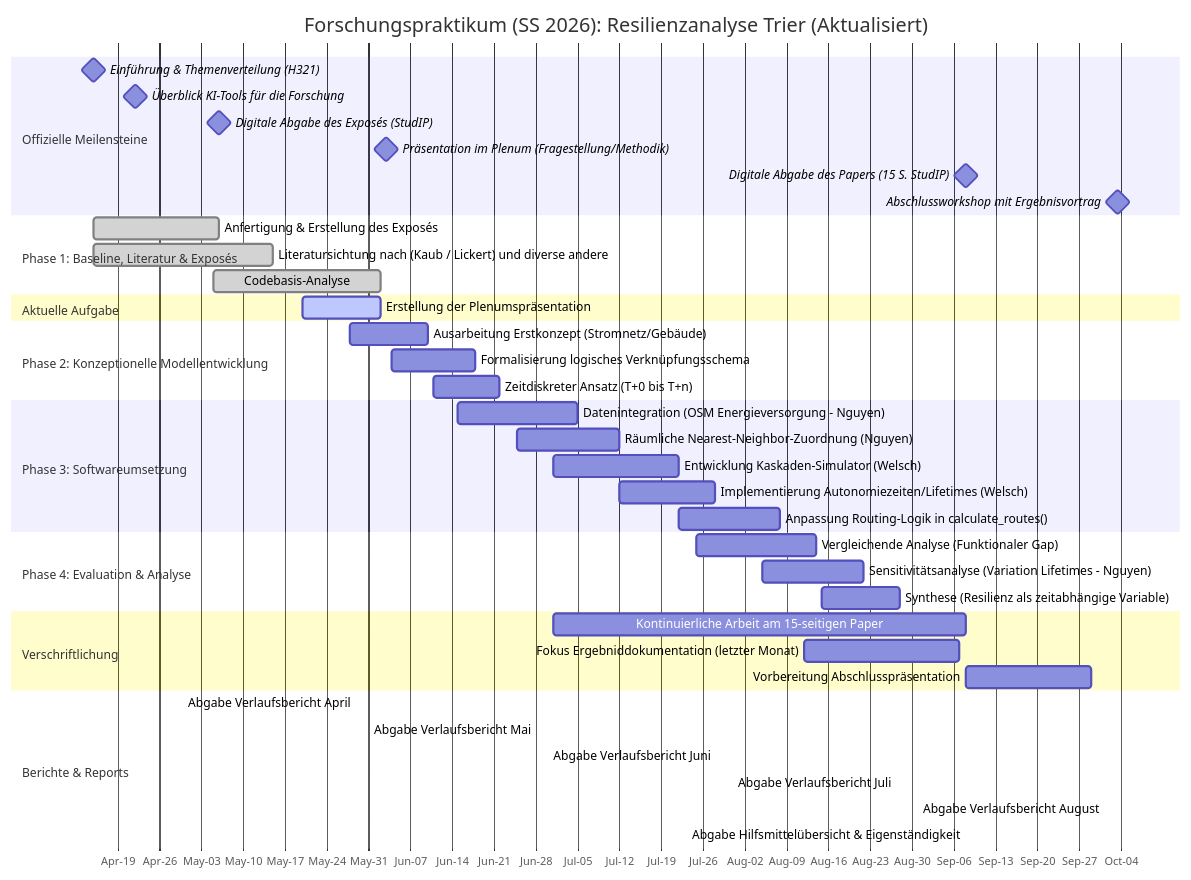
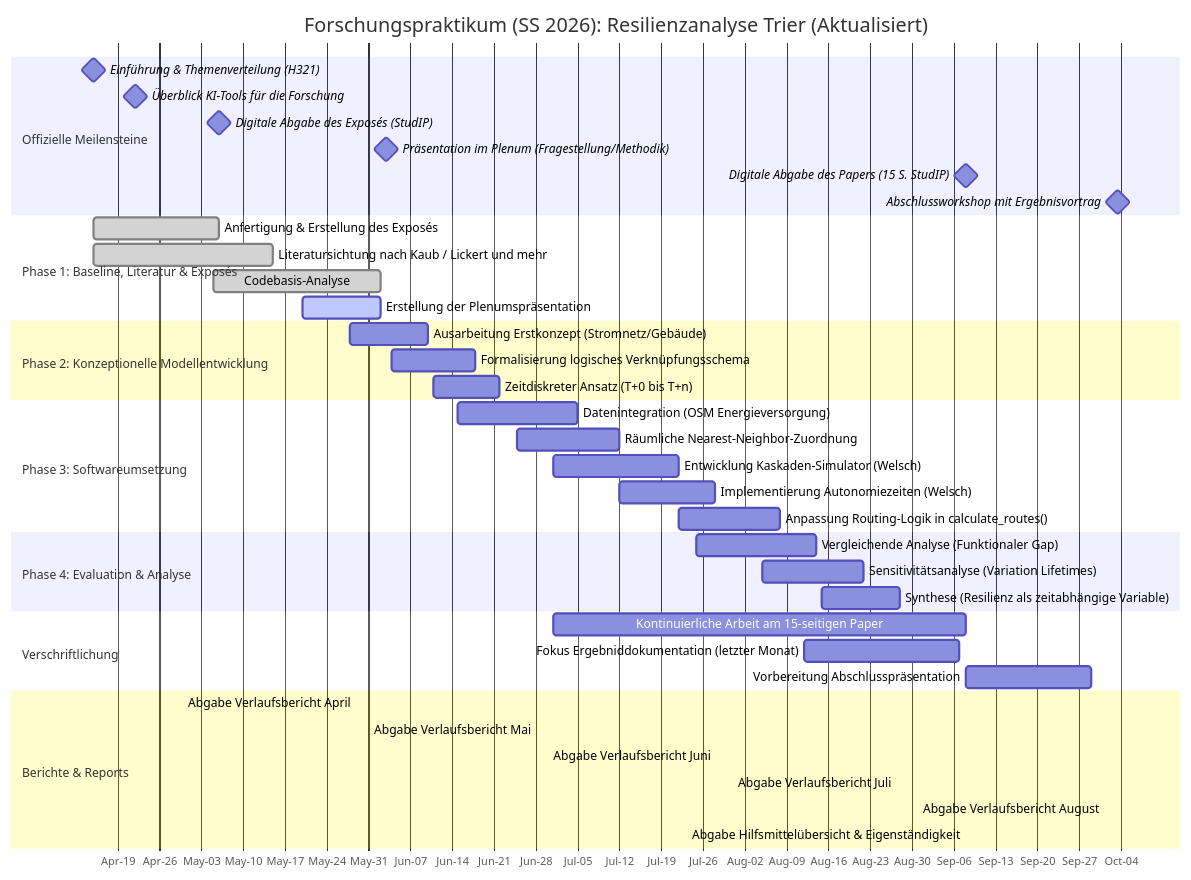
Before and after one commit to Henri-Welsch/forschungspraktikum: the diagram in Gantt-Chart.mmd, drawn with Mermaid.

Commit message:
Standardized indentation and formatting in the Gantt chart for improved readability and consistency.

```diff
--- a/Gantt-Chart.mmd
+++ b/Gantt-Chart.mmd
@@ -1,51 +1,51 @@
 gantt
-title Forschungspraktikum (SS 2026): Resilienzanalyse Trier (Aktualisiert)
-dateFormat  YYYY-MM-DD
-axisFormat  %b-%d
-tickInterval 1week
+    title Forschungspraktikum (SS 2026): Resilienzanalyse Trier (Aktualisiert)
+    dateFormat YYYY-MM-DD
+    axisFormat %b-%d
+    tickInterval 1week
+    todayMarker off
 
     section Offizielle Meilensteine
-    Einführung & Themenverteilung (H321)          :milestone, m1, 2026-04-15, 0d
-    Überblick KI-Tools für die Forschung           :milestone, m2, 2026-04-22, 0d
-    Digitale Abgabe des Exposés (StudIP)           :milestone, m3, 2026-05-06, 0d
-    Präsentation im Plenum (Fragestellung/Methodik):milestone, m4, 2026-06-03, 0d
-    Digitale Abgabe des Papers (15 S. StudIP)      :milestone, m5, 2026-09-08, 0d
-    Abschlussworkshop mit Ergebnisvortrag          :milestone, m6, 2026-09-30, 2026-10-07
+        Einführung & Themenverteilung (H321): milestone, m1, 2026-04-15, 0d
+        Überblick KI-Tools für die Forschung: milestone, m2, 2026-04-22, 0d
+        Digitale Abgabe des Exposés (StudIP): milestone, m3, 2026-05-06, 0d
+        Präsentation im Plenum (Fragestellung/Methodik): milestone, m4, 2026-06-03, 0d
+        Digitale Abgabe des Papers (15 S. StudIP): milestone, m5, 2026-09-08, 0d
+        Abschlussworkshop mit Ergebnisvortrag: milestone, m6, 2026-09-30, 2026-10-07
 
     section Phase 1: Baseline, Literatur & Exposés
-    Anfertigung & Erstellung des Exposés           :done, p1_ex, 2026-04-15, 2026-05-06
-    Literatursichtung nach (Kaub / Lickert) und diverse andere             :done, p1_1, 2026-04-15, 2026-05-15
-    Codebasis-Analyse                              :done, p1_2, 2026-05-05, 2026-06-02
+Anfertigung & Erstellung des Exposés           : done, p1_ex, 2026-04-15, 2026-05-06
+Literatursichtung nach Kaub / Lickert und mehr: done, p1_1, 2026-04-15, 2026-05-15
+Codebasis-Analyse: done, p1_2, 2026-05-05, 2026-06-02
 
-    section Aktuelle Aufgabe
-    Erstellung der Plenumspräsentation             :active, p2_4, 2026-05-20, 2026-06-02
+Erstellung der Plenumspräsentation:active, p2_4, 2026-05-20, 2026-06-02
 
-    section Phase 2: Konzeptionelle Modellentwicklung
-    Ausarbeitung Erstkonzept (Stromnetz/Gebäude)    :p2_1, 2026-05-28, 2026-06-10
-    Formalisierung logisches Verknüpfungsschema    :p2_2, 2026-06-04, 2026-06-18
-    Zeitdiskreter Ansatz (T+0 bis T+n)             :p2_3, 2026-06-11, 2026-06-22
+section Phase 2: Konzeptionelle Modellentwicklung
+Ausarbeitung Erstkonzept (Stromnetz/Gebäude):p2_1, 2026-05-28, 2026-06-10
+Formalisierung logisches Verknüpfungsschema:p2_2, 2026-06-04, 2026-06-18
+Zeitdiskreter Ansatz (T+0 bis T+n): p2_3, 2026-06-11, 2026-06-22
 
-    section Phase 3: Softwareumsetzung
-    Datenintegration (OSM Energieversorgung - Nguyen) :p3_1, 2026-06-15, 2026-07-05
-    Räumliche Nearest-Neighbor-Zuordnung (Nguyen)   :p3_2, 2026-06-25, 2026-07-12
-    Entwicklung Kaskaden-Simulator (Welsch)          :p3_3, 2026-07-01, 2026-07-22
-    Implementierung Autonomiezeiten/Lifetimes (Welsch):p3_4, 2026-07-12, 2026-07-28
-    Anpassung Routing-Logik in calculate_routes()     :p3_5, 2026-07-22, 2026-08-08
+section Phase 3: Softwareumsetzung
+Datenintegration (OSM Energieversorgung): p3_1, 2026-06-15, 2026-07-05
+Räumliche Nearest-Neighbor-Zuordnung: p3_2, 2026-06-25, 2026-07-12
+Entwicklung Kaskaden-Simulator (Welsch): p3_3, 2026-07-01, 2026-07-22
+Implementierung Autonomiezeiten (Welsch): p3_4, 2026-07-12, 2026-07-28
+Anpassung Routing-Logik in calculate_routes(): p3_5, 2026-07-22, 2026-08-08
 
-    section Phase 4: Evaluation & Analyse
-    Vergleichende Analyse (Funktionaler Gap)       :p4_1, 2026-07-25, 2026-08-14
-    Sensitivitätsanalyse (Variation Lifetimes - Nguyen):p4_2, 2026-08-05, 2026-08-22
-    Synthese (Resilienz als zeitabhängige Variable)  :p4_3, 2026-08-15, 2026-08-28
+section Phase 4: Evaluation & Analyse
+Vergleichende Analyse (Funktionaler Gap): p4_1, 2026-07-25, 2026-08-14
+Sensitivitätsanalyse (Variation Lifetimes): p4_2, 2026-08-05, 2026-08-22
+Synthese (Resilienz als zeitabhängige Variable)  : p4_3, 2026-08-15, 2026-08-28
 
-    section Verschriftlichung
-    Kontinuierliche Arbeit am 15-seitigen Paper    :p5_1, 2026-07-01, 2026-09-08
-    Fokus Ergebniddokumentation (letzter Monat)    :p5_2, 2026-08-12, 2026-09-07
-    Vorbereitung Abschlusspräsentation             :p5_3, 2026-09-08, 2026-09-29
+section Verschriftlichung
+Kontinuierliche Arbeit am 15-seitigen Paper: p5_1, 2026-07-01, 2026-09-08
+Fokus Ergebniddokumentation (letzter Monat): p5_2, 2026-08-12, 2026-09-07
+Vorbereitung Abschlusspräsentation: p5_3, 2026-09-08, 2026-09-29
 
-    section Berichte & Reports
-    Abgabe Verlaufsbericht April                   :done, r1, 2026-04-30, 0d
-    Abgabe Verlaufsbericht Mai                     :crit, r2, 2026-05-31, 0d
-    Abgabe Verlaufsbericht Juni                    :r3, 2026-06-30, 0d
-    Abgabe Verlaufsbericht Juli                    :r4, 2026-07-31, 0d
-    Abgabe Verlaufsbericht August                  :r5, 2026-08-31, 0d
-    Abgabe Hilfsmittelübersicht & Eigenständigkeit :r6, 2026-09-08, 0d
+section Berichte & Reports
+Abgabe Verlaufsbericht April: done, r1, 2026-04-30, 0d
+Abgabe Verlaufsbericht Mai: crit, r2, 2026-05-31, 0d
+Abgabe Verlaufsbericht Juni: r3, 2026-06-30, 0d
+Abgabe Verlaufsbericht Juli: r4, 2026-07-31, 0d
+Abgabe Verlaufsbericht August: r5, 2026-08-31, 0d
+Abgabe Hilfsmittelübersicht & Eigenständigkeit: r6, 2026-09-08, 0d
```
